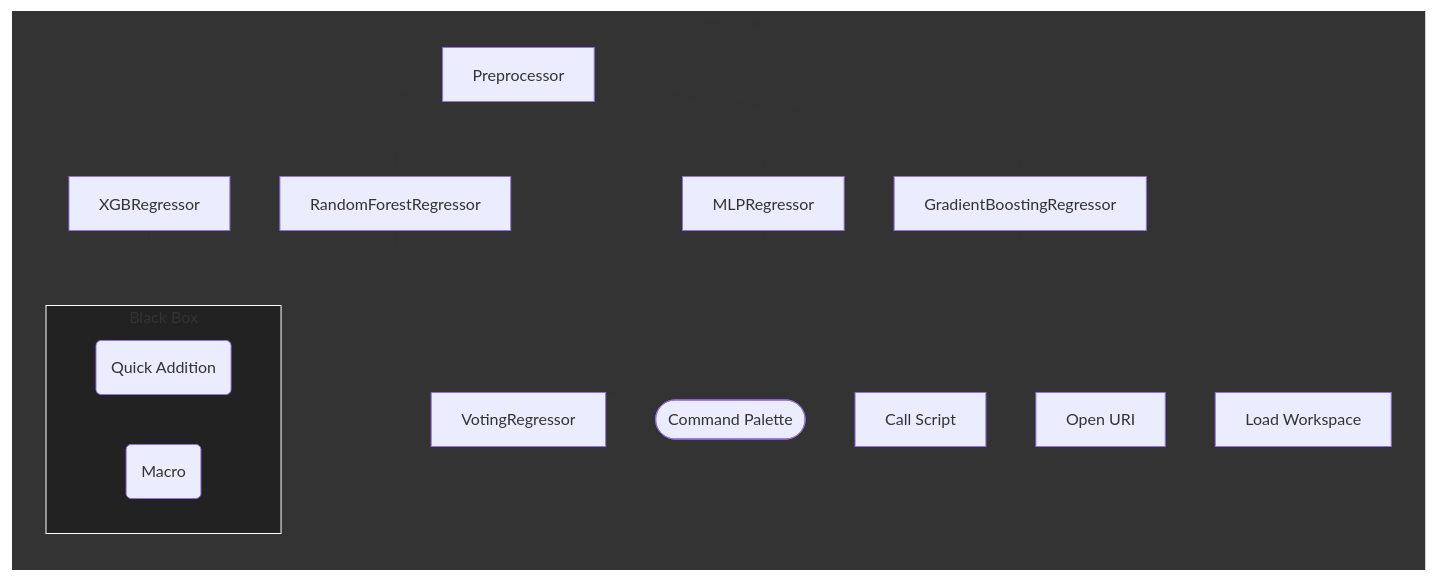
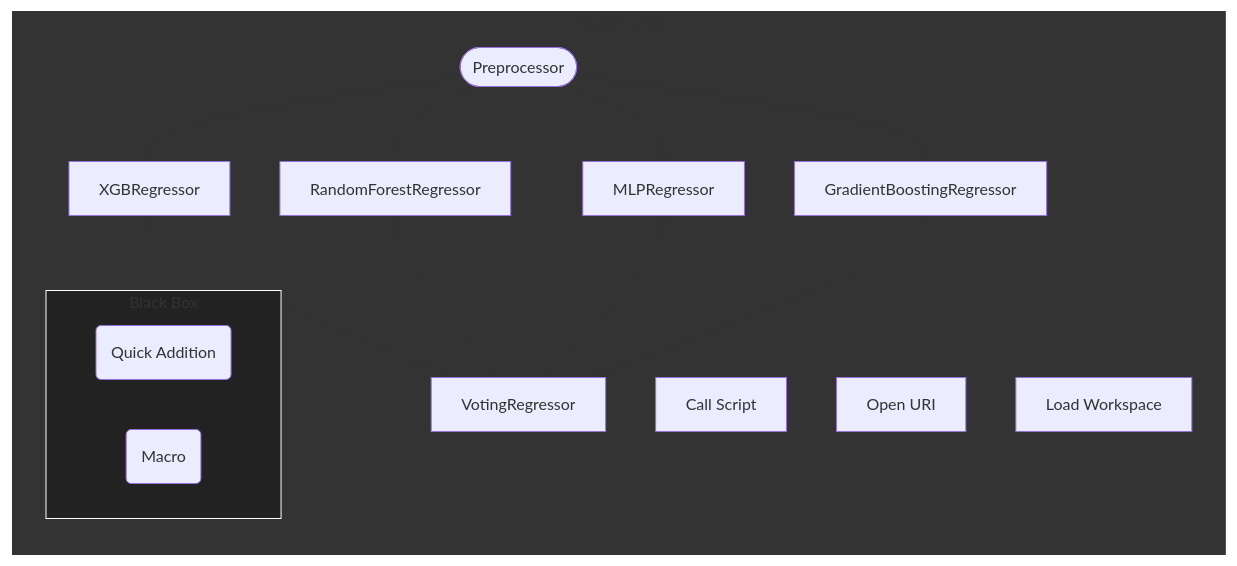
One commit to NickBok/Baseball changed the first of 2 diagrams in Distance-Predictor/README.md. Above: the diagram before and after it, drawn with Mermaid.

````diff
--- a/Distance-Predictor/README.md
+++ b/Distance-Predictor/README.md
@@ -71,23 +71,23 @@
 ```mermaid
 graph LR
     subgraph 1[System Flow]
-        CP([Command Palette])
+        Preprocessor([Preprocessor])
         subgraph 2[Black Box]
             QA(Quick Addition)
             QM(Macro)
         end
         B[Call Script]
         C[Open URI]
         D[Load Workspace]
         Preprocessor-->XGBRegressor;
         Preprocessor-->RandomForestRegressor;
         Preprocessor-->MLPRegressor;
         Preprocessor-->GradientBoostingRegressor;
         XGBRegressor-->VotingRegressor;
         RandomForestRegressor-->VotingRegressor;
         MLPRegressor-->VotingRegressor;
         GradientBoostingRegressor-->VotingRegressor;
     end
 style 1 fill:#333333,stroke:#FFFFFF,stroke-width:2px
 style 2 fill:#222222,stroke:#FFFFFF,stroke-width:1px
 ```
````
